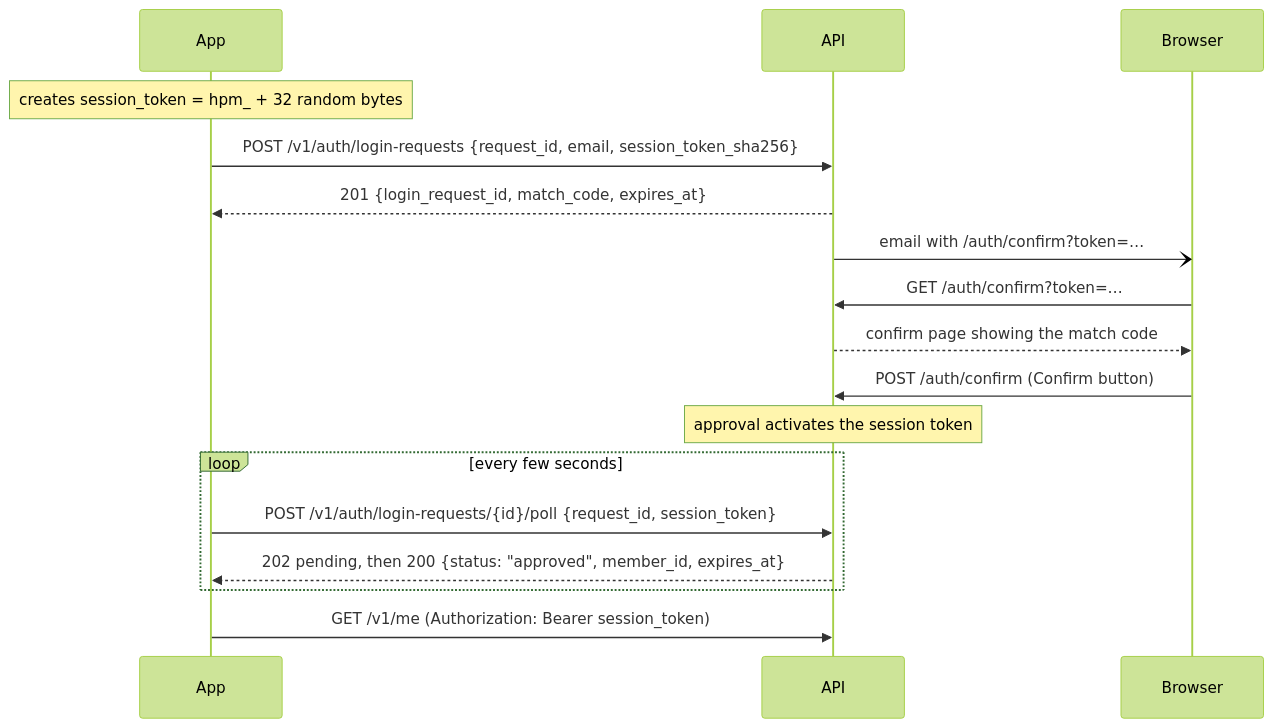
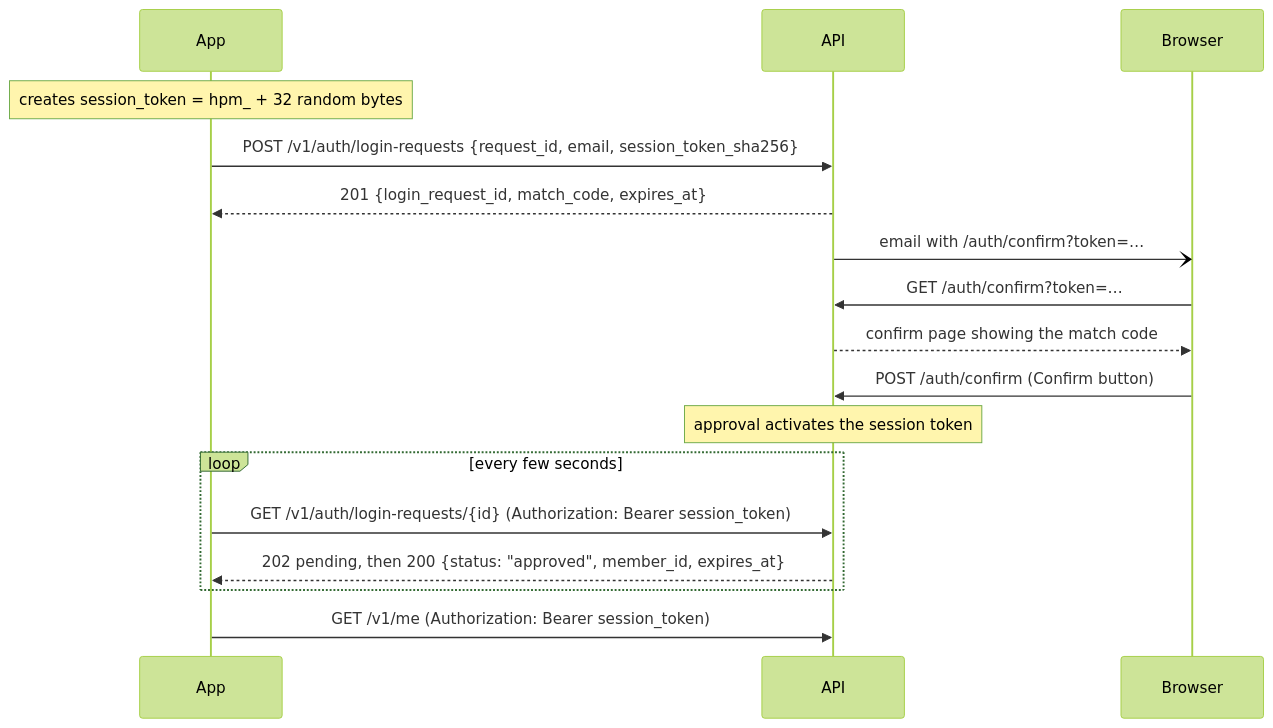
The diagram in api/README.md (jermainee/homeport), drawn with Mermaid (forest theme) before and after one commit. The commit also changed other lines of this file and 6 other files, not shown here.

First line of the commit message:
Poll sign-ins with GET and the pending token

````diff
--- a/api/README.md
+++ b/api/README.md
@@ -47,19 +47,19 @@
 ```mermaid
 sequenceDiagram
   participant App
   participant API
   participant Browser
   Note over App: creates session_token = hpm_ + 32 random bytes
   App->>API: POST /v1/auth/login-requests {request_id, email, session_token_sha256}
   API-->>App: 201 {login_request_id, match_code, expires_at}
   API-)Browser: email with /auth/confirm?token=…
   Browser->>API: GET /auth/confirm?token=…
   API-->>Browser: confirm page showing the match code
   Browser->>API: POST /auth/confirm (Confirm button)
   Note over API: approval activates the session token
   loop every few seconds
-    App->>API: POST /v1/auth/login-requests/{id}/poll {request_id, session_token}
+    App->>API: GET /v1/auth/login-requests/{id} (Authorization: Bearer session_token)
     API-->>App: 202 pending, then 200 {status: "approved", member_id, expires_at}
   end
   App->>API: GET /v1/me (Authorization: Bearer session_token)
 ```
````
